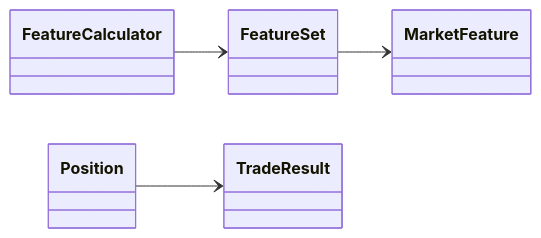
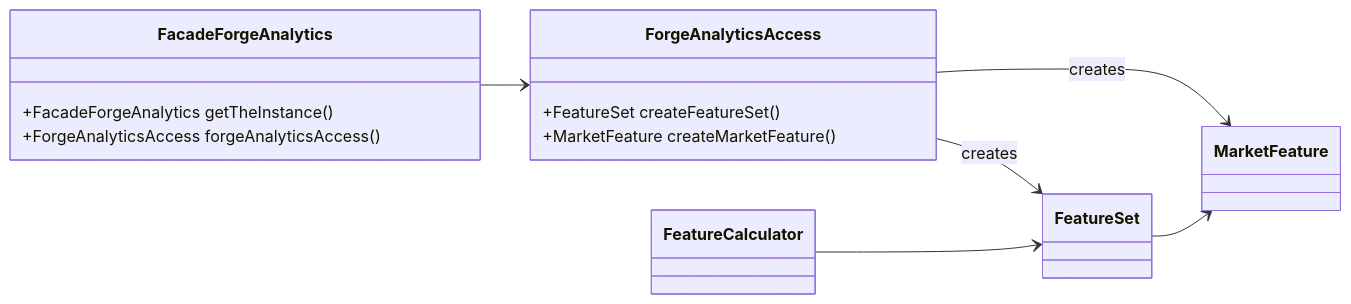
One commit to probst-paul/FORGE changed diagram 12 of 13 in class-model.md. Above: the diagram before and after it, drawn with Mermaid. The commit also changed other lines of this file and 16 other files, not shown here.

First line of the commit message:
Add Forge*Access facades and refactor facades

````diff
--- a/class-model.md
+++ b/class-model.md
@@ -490,14 +555,24 @@
 ```mermaid
 classDiagram
     direction LR
 
+    class FacadeForgeAnalytics {
+        +FacadeForgeAnalytics getTheInstance()
+        +ForgeAnalyticsAccess forgeAnalyticsAccess()
+    }
+
+    class ForgeAnalyticsAccess {
+        +FeatureSet createFeatureSet()
+        +MarketFeature createMarketFeature()
+    }
+
     class FeatureCalculator
     class FeatureSet
     class MarketFeature
-    class Position
-    class TradeResult
 
+    FacadeForgeAnalytics --> ForgeAnalyticsAccess
+    ForgeAnalyticsAccess --> FeatureSet : creates
+    ForgeAnalyticsAccess --> MarketFeature : creates
     FeatureCalculator --> FeatureSet
     FeatureSet --> MarketFeature
-    Position --> TradeResult
 ```
````
